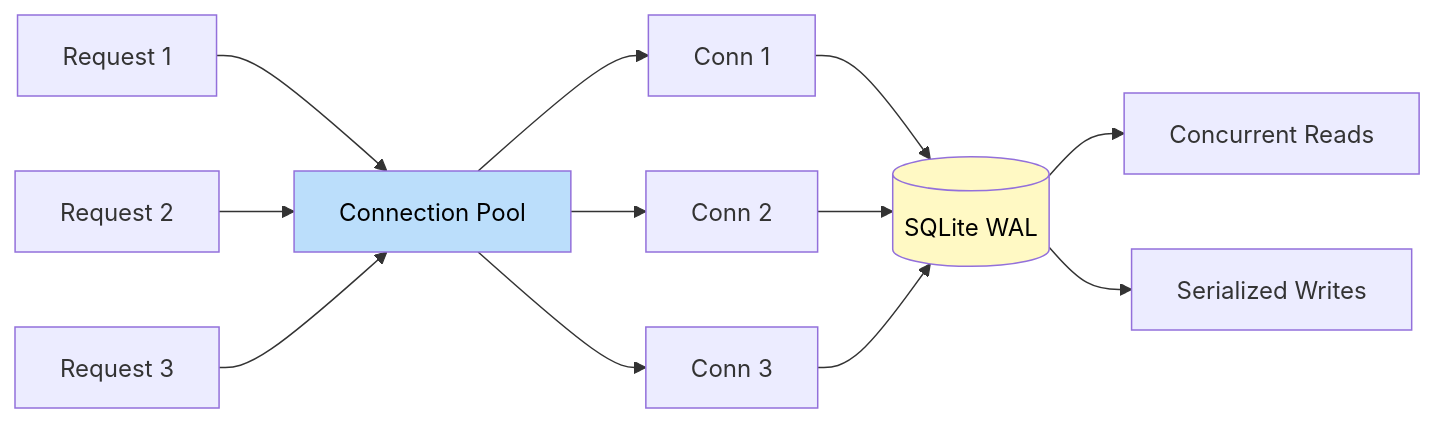
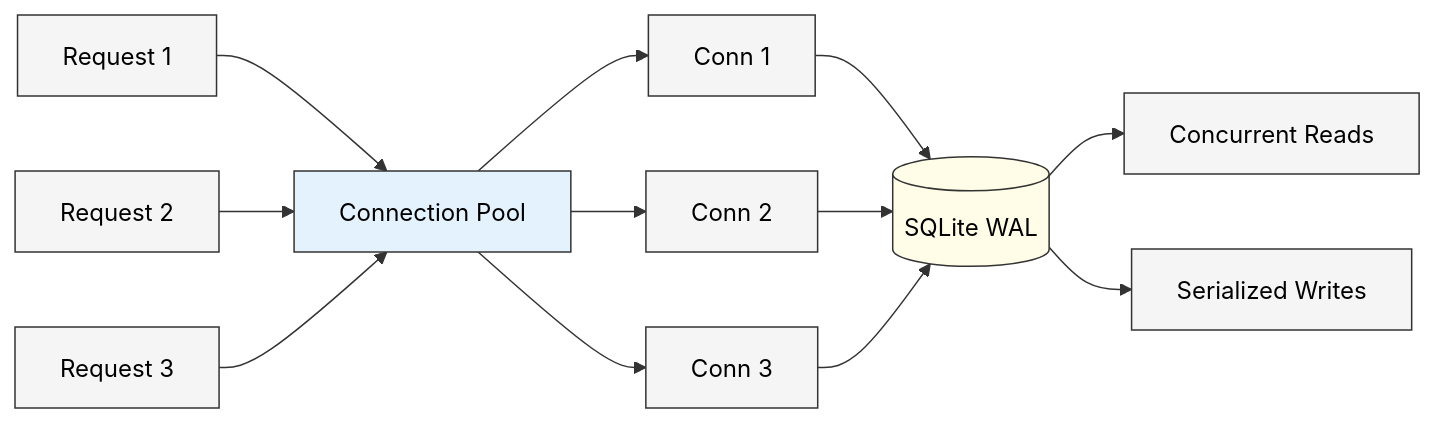
Before and after one commit to sw-game-dev/game-mcp-poc: diagram 15 of 16 in wiki/Data-Flow.md, drawn with Mermaid. The commit also changed other lines of this file and 6 other files, not shown here.

First line of the commit message:
fix: Improve mermaid diagram contrast with theme and lighter colors

````diff
--- a/wiki/Data-Flow.md
+++ b/wiki/Data-Flow.md
@@ -535,20 +549,21 @@
 ```mermaid
+%%{init: {'theme':'base', 'themeVariables': {'primaryColor':'#f5f5f5','primaryTextColor':'#000','primaryBorderColor':'#333','lineColor':'#333','secondaryColor':'#f5f5f5','tertiaryColor':'#f5f5f5'}}}%%
 graph LR
     A[Request 1] --> B[Connection Pool]
     C[Request 2] --> B
     D[Request 3] --> B
 
     B --> E[Conn 1]
     B --> F[Conn 2]
     B --> G[Conn 3]
 
     E --> H[(SQLite WAL)]
     F --> H
     G --> H
 
     H --> I[Concurrent Reads]
     H --> J[Serialized Writes]
 
-    style B fill:#bbdefb,color:#000
-    style H fill:#fff9c4,color:#000
+    style B fill:#e3f2fd,color:#000
+    style H fill:#fffde7,color:#000
 ```
````
